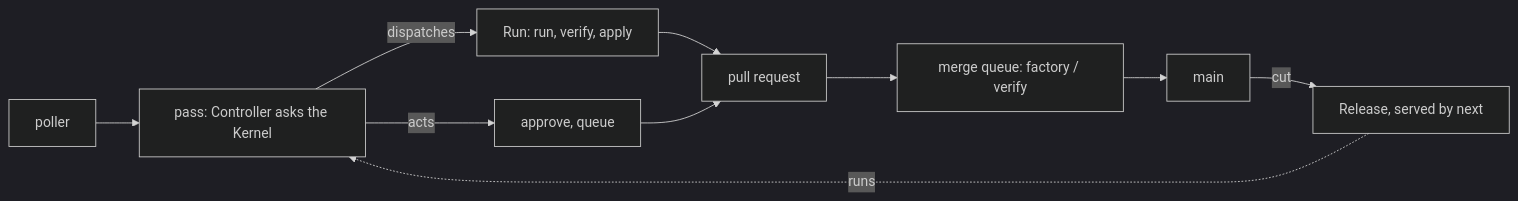
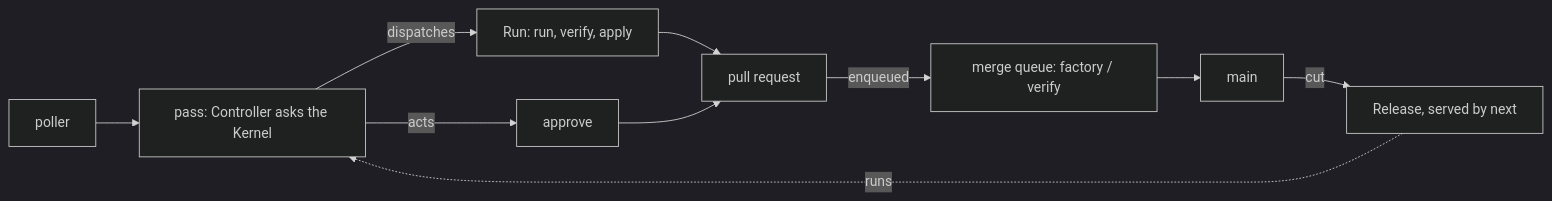
The diagram in README.md (combsmith/software-factory), drawn with Mermaid (dark theme) before and after one commit. The commit also changed other lines of this file, not shown here.

First line of the commit message:
docs: correct README claims on the queue act, issues and verify (#1103)

````diff
--- a/README.md
+++ b/README.md
@@ -50,12 +56,12 @@
 ```mermaid
 flowchart LR
   poller["poller"] --> pass["pass: Controller asks the Kernel"]
   pass -->|dispatches| run["Run: run, verify, apply"]
-  pass -->|acts| acts["approve, queue"]
+  pass -->|acts| approve["approve"]
   run --> pr["pull request"]
-  acts --> pr
-  pr --> queue["merge queue: factory / verify"]
+  approve --> pr
+  pr -->|enqueued| queue["merge queue: factory / verify"]
   queue --> main["main"]
   main -->|cut| release["Release, served by next"]
   release -.->|runs| pass
 ```
````
